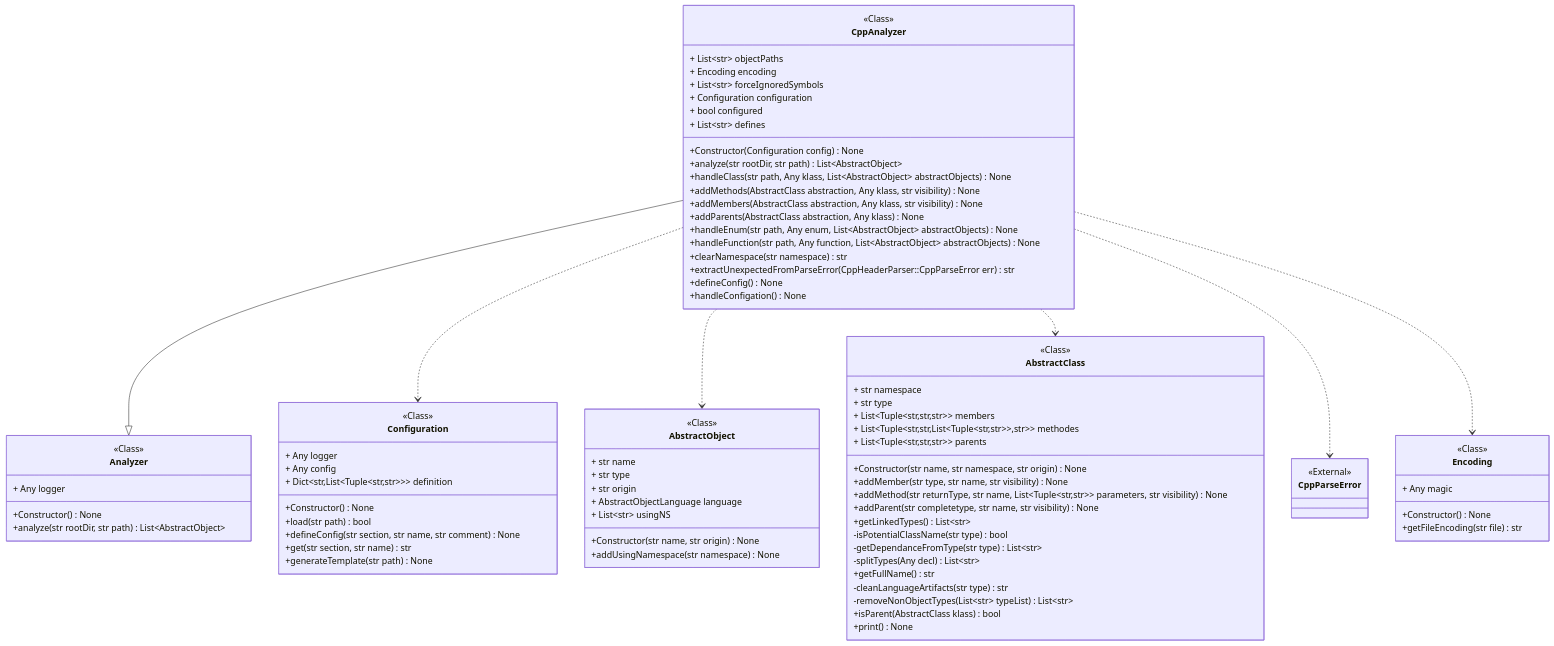
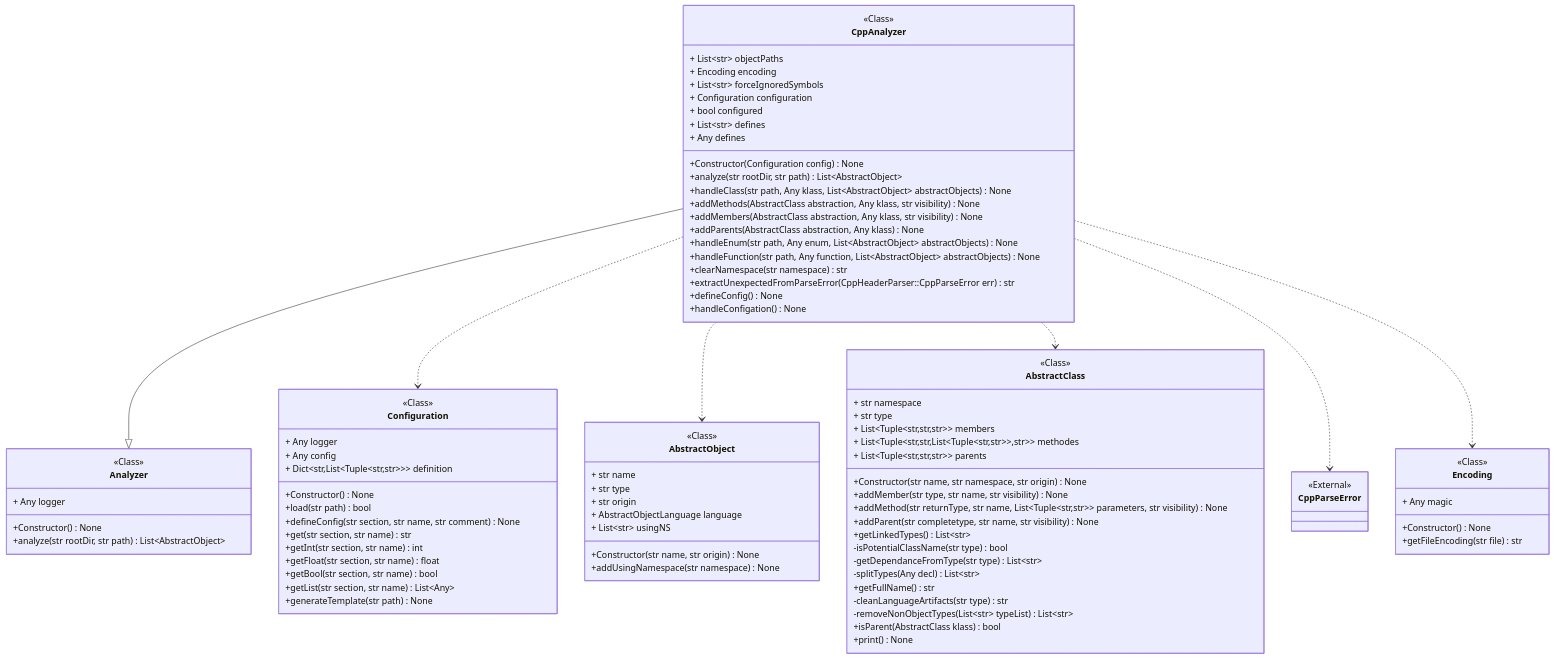
One commit to miong/pycodeanalyzer changed the diagram in docs/source/code/diagrams/pycodeanalyzer_core_languages_analyzers_cppanalyzer_CppAnalyzer.mmd. Above: the diagram before and after it, drawn with Mermaid. The commit also changed 8 other files, not shown here.

```diff
--- a/docs/source/code/diagrams/pycodeanalyzer_core_languages_analyzers_cppanalyzer_CppAnalyzer.mmd
+++ b/docs/source/code/diagrams/pycodeanalyzer_core_languages_analyzers_cppanalyzer_CppAnalyzer.mmd
@@ -1,89 +1,94 @@
 classDiagram
 class CppAnalyzer {
 <<Class>>
 + List~str~ objectPaths
 + Encoding encoding
 + List~str~ forceIgnoredSymbols
 + Configuration configuration
 + bool configured
 + List~str~ defines
++ Any defines
 +Constructor(Configuration config) None
 +analyze(str rootDir, str path) List~AbstractObject~
 +handleClass(str path, Any klass, List~AbstractObject~ abstractObjects) None
 +addMethods(AbstractClass abstraction, Any klass, str visibility) None
 +addMembers(AbstractClass abstraction, Any klass, str visibility) None
 +addParents(AbstractClass abstraction, Any klass) None
 +handleEnum(str path, Any enum, List~AbstractObject~ abstractObjects) None
 +handleFunction(str path, Any function, List~AbstractObject~ abstractObjects) None
 +clearNamespace(str namespace) str
 +extractUnexpectedFromParseError(CppHeaderParser::CppParseError err) str
 +defineConfig() None
 +handleConfigation() None
 }
 class Analyzer {
 <<Class>>
 + Any logger
 +Constructor() None
 +analyze(str rootDir, str path) List~AbstractObject~
 }
 link Analyzer "class££pycodeanalyzer::core::languages::analyzer::Analyzer"
 class Configuration {
 <<Class>>
 + Any logger
 + Any config
 + Dict&lt;str,List&lt;Tuple&lt;str,str&gt;&gt;&gt; definition
 +Constructor() None
 +load(str path) bool
 +defineConfig(str section, str name, str comment) None
 +get(str section, str name) str
++getInt(str section, str name) int
++getFloat(str section, str name) float
++getBool(str section, str name) bool
++getList(str section, str name) List~Any~
 +generateTemplate(str path) None
 }
 link Configuration "class££pycodeanalyzer::core::configuration::configuration::Configuration"
 class AbstractObject {
 <<Class>>
 + str name
 + str type
 + str origin
 + AbstractObjectLanguage language
 + List~str~ usingNS
 +Constructor(str name, str origin) None
 +addUsingNamespace(str namespace) None
 }
 link AbstractObject "class££pycodeanalyzer::core::abstraction::objects::AbstractObject"
 class AbstractClass {
 <<Class>>
 + str namespace
 + str type
 + List&lt;Tuple&lt;str,str,str&gt;&gt; members
 + List&lt;Tuple&lt;str,str,List&lt;Tuple&lt;str,str&gt;&gt;,str&gt;&gt; methodes
 + List&lt;Tuple&lt;str,str,str&gt;&gt; parents
 +Constructor(str name, str namespace, str origin) None
 +addMember(str type, str name, str visibility) None
 +addMethod(str returnType, str name, List&lt;Tuple&lt;str,str&gt;&gt; parameters, str visibility) None
 +addParent(str completetype, str name, str visibility) None
 +getLinkedTypes() List~str~
 -isPotentialClassName(str type) bool
 -getDependanceFromType(str type) List~str~
 -splitTypes(Any decl) List~str~
 +getFullName() str
 -cleanLanguageArtifacts(str type) str
 -removeNonObjectTypes(List~str~ typeList) List~str~
 +isParent(AbstractClass klass) bool
 +print() None
 }
 link AbstractClass "class££pycodeanalyzer::core::abstraction::objects::AbstractClass"
 class CppParseError
 <<External>> CppParseError
 class Encoding {
 <<Class>>
 + Any magic
 +Constructor() None
 +getFileEncoding(str file) str
 }
 link Encoding "class££pycodeanalyzer::core::encoding::encodings::Encoding"
 CppAnalyzer --|> Analyzer
 CppAnalyzer ..> Configuration
 CppAnalyzer ..> AbstractObject
 CppAnalyzer ..> AbstractClass
 CppAnalyzer ..> CppParseError
 CppAnalyzer ..> Encoding
```
